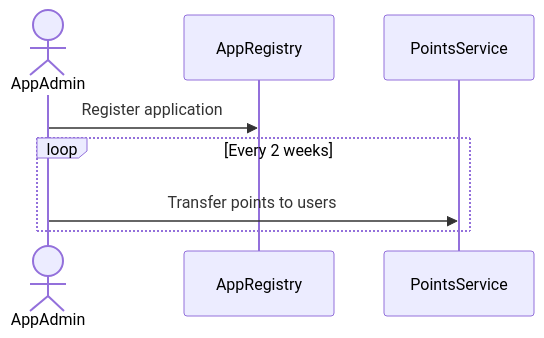
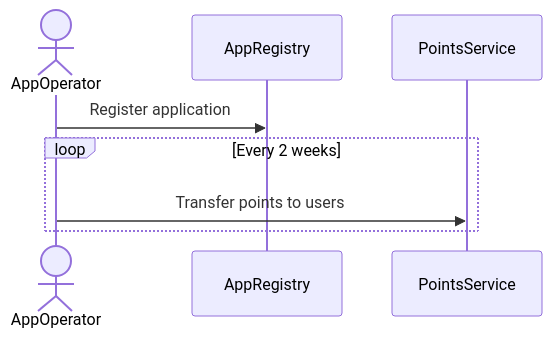
One commit to b3-fun/b3-points.sdk changed the diagram in readme.md. Above: the diagram before and after it, drawn with Mermaid.

````diff
--- a/readme.md
+++ b/readme.md
@@ -3,8 +3,8 @@
 ```mermaid
     sequenceDiagram
-        actor AppAdmin
-        AppAdmin->>AppRegistry: Register application
+        actor AppOperator
+        AppOperator->>AppRegistry: Register application
         loop Every 2 weeks
-            AppAdmin->>PointsService: Transfer points to users
+            AppOperator->>PointsService: Transfer points to users
         end
 ```
````
